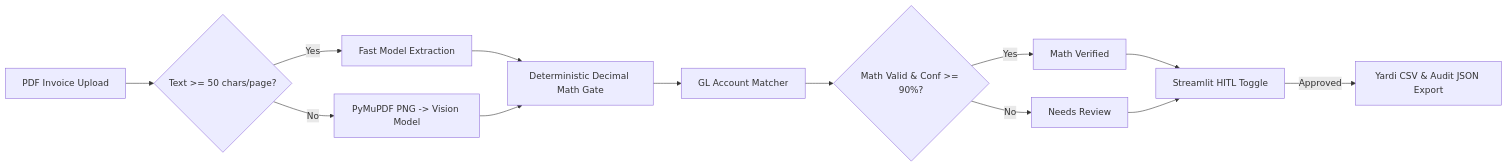
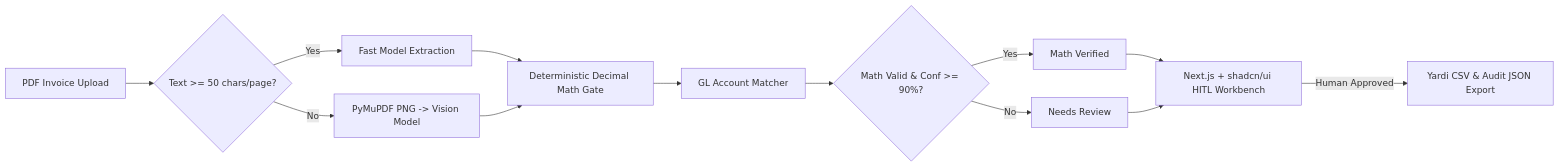
The diagram in README.md (jaypiasco/cre-agent), drawn with Mermaid before and after one commit. The commit also changed other lines of this file and 156 other files, not shown here.

````diff
--- a/README.md
+++ b/README.md
@@ -7,15 +14,15 @@
 ```mermaid
 flowchart LR
     A[PDF Invoice Upload] --> B{Text >= 50 chars/page?}
     B -- Yes --> C[Fast Model Extraction]
     B -- No --> D[PyMuPDF PNG -> Vision Model]
     C --> E[Deterministic Decimal Math Gate]
     D --> E
     E --> F[GL Account Matcher]
     F --> G{Math Valid & Conf >= 90%?}
     G -- Yes --> H[Math Verified]
     G -- No --> I[Needs Review]
-    H --> J[Streamlit HITL Toggle]
+    H --> J[Next.js + shadcn/ui HITL Workbench]
     I --> J
-    J -- Approved --> K[Yardi CSV & Audit JSON Export]
+    J -- Human Approved --> K[Yardi CSV & Audit JSON Export]
 ```
````
